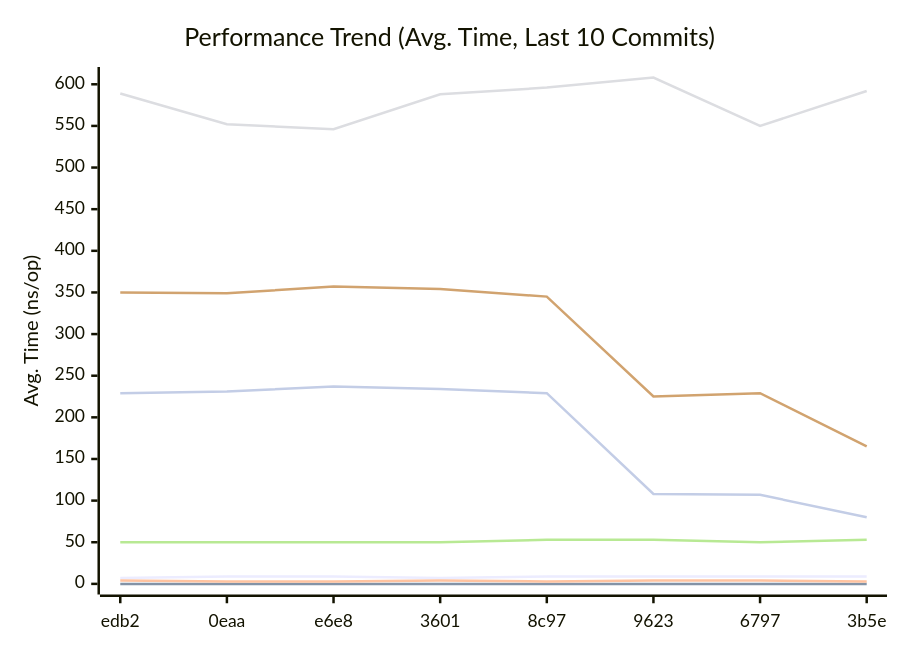
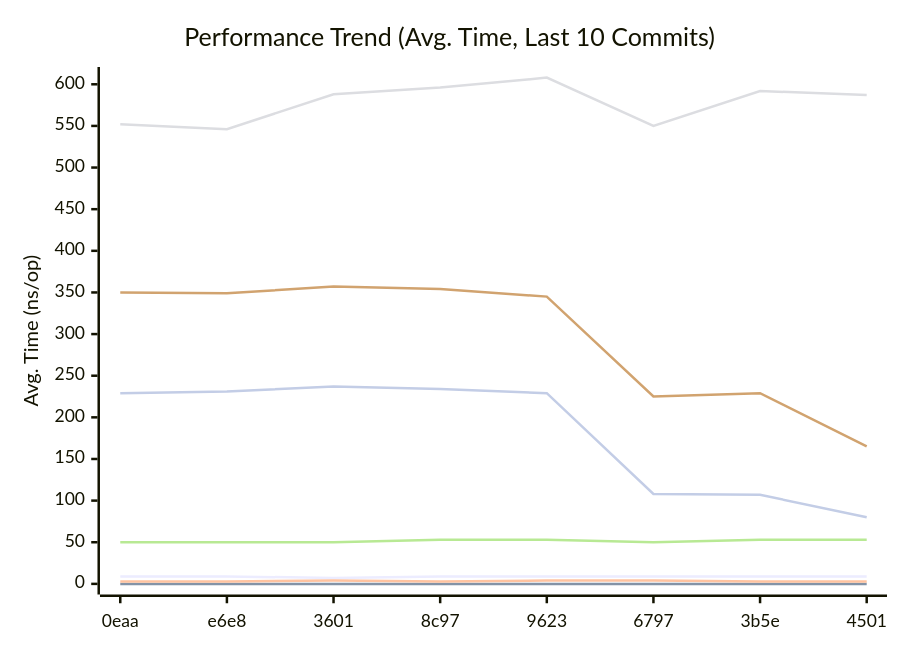
The first of 3 diagrams in docs/README.md (alsotoes/momo), drawn with Mermaid before and after one commit. The commit also changed other lines of this file and 1 other file, not shown here.

````diff
--- a/docs/README.md
+++ b/docs/README.md
@@ -303,14 +303,14 @@
 ```mermaid
 xychart-beta
     title "Performance Trend (Avg. Time, Last 10 Commits)"
     x-axis "Commit"
     y-axis "Avg. Time (ns/op)"
-    x-axis [edb2,0eaa,e6e8,3601,8c97,9623,6797,3b5e]
-    line "CheckMetricsAndSwap" [7,9,9,7,9,9,9,9,9,9]
+    x-axis [0eaa,e6e8,3601,8c97,9623,6797,3b5e,4501]
+    line "CheckMetricsAndSwap" [9,9,7,9,9,9,9,9,9,9]
     line "IndexDirectTracking" [0,0,0,0,0,0,0,0,0,0]
-    line "IndexSearch" [4,3,3,4,3,4,4,3,3,2]
-    line "LoadGlobalConfig" [589,552,546,588,596,608,550,592,587,587]
-    line "PadString" [50,50,50,50,53,53,50,53,53,53]
+    line "IndexSearch" [3,3,4,3,4,4,3,3,2,3]
+    line "LoadGlobalConfig" [552,546,588,596,608,550,592,587,587,546]
+    line "PadString" [50,50,50,53,53,50,53,53,53,51]
     line "ParseReplicationOrder_NoPrealloc" [350,349,357,354,345,225,229,165,232,234]
     line "ParseReplicationOrder_Prealloc" [229,231,237,234,229,108,107,80,110,109]
 ```
````
